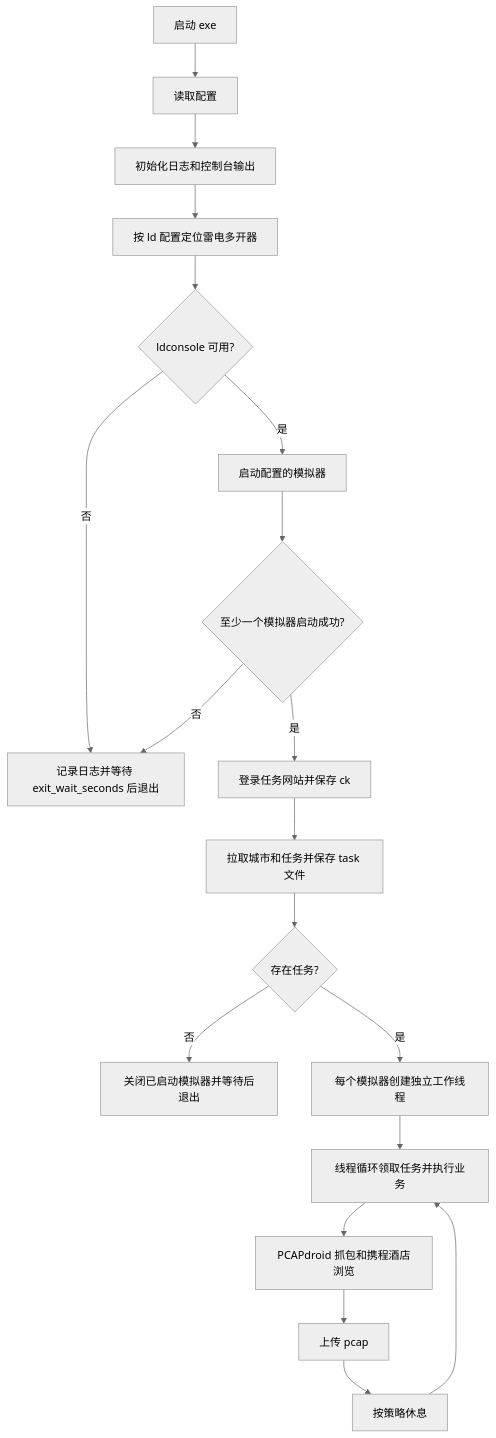
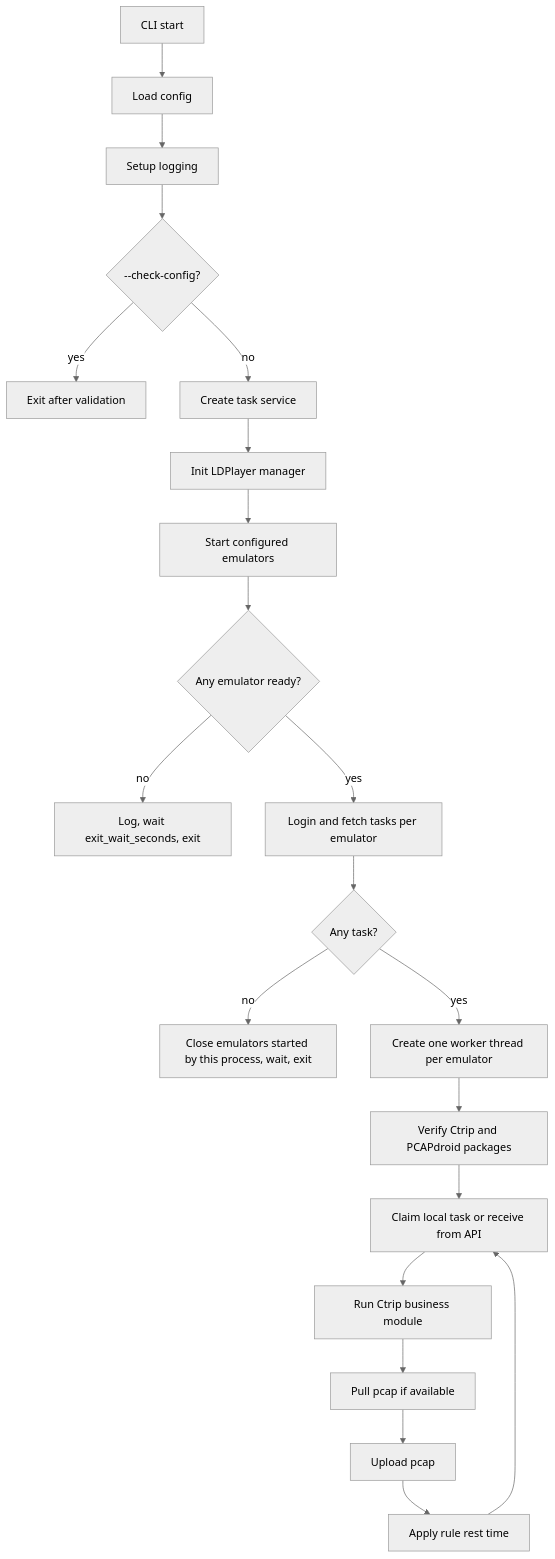
One commit to hlevel/jpz-reverse changed the diagram in 03ctrip-ldauto/docs/design.md. Above: the diagram before and after it, drawn with Mermaid (neutral theme). The commit also changed other lines of this file and 28 other files, not shown here.

````diff
--- a/03ctrip-ldauto/docs/design.md
+++ b/03ctrip-ldauto/docs/design.md
@@ -114,21 +101,23 @@
 ```mermaid
 flowchart TD
-  A[启动 exe] --> B[读取配置]
-  B --> C[初始化日志和控制台输出]
-  C --> D[按 ld 配置定位雷电多开器]
-  D --> E{ldconsole 可用?}
-  E -- 否 --> Z[记录日志并等待 exit_wait_seconds 后退出]
-  E -- 是 --> F[启动配置的模拟器]
-  F --> G{至少一个模拟器启动成功?}
-  G -- 否 --> Z
-  G -- 是 --> H[登录任务网站并保存 ck]
-  H --> I[拉取城市和任务并保存 task 文件]
-  I --> J{存在任务?}
-  J -- 否 --> K[关闭已启动模拟器并等待后退出]
-  J -- 是 --> L[每个模拟器创建独立工作线程]
-  L --> M[线程循环领取任务并执行业务]
-  M --> N[PCAPdroid 抓包和携程酒店浏览]
-  N --> O[上传 pcap]
-  O --> P[按策略休息]
-  P --> M
+  A[CLI start] --> B[Load config]
+  B --> C[Setup logging]
+  C --> D{--check-config?}
+  D -- yes --> E[Exit after validation]
+  D -- no --> F[Create task service]
+  F --> G[Init LDPlayer manager]
+  G --> H[Start configured emulators]
+  H --> I{Any emulator ready?}
+  I -- no --> Z[Log, wait exit_wait_seconds, exit]
+  I -- yes --> J[Login and fetch tasks per emulator]
+  J --> K{Any task?}
+  K -- no --> L[Close emulators started by this process, wait, exit]
+  K -- yes --> M[Create one worker thread per emulator]
+  M --> N[Verify Ctrip and PCAPdroid packages]
+  N --> O[Claim local task or receive from API]
+  O --> P[Run Ctrip business module]
+  P --> Q[Pull pcap if available]
+  Q --> R[Upload pcap]
+  R --> S[Apply rule rest time]
+  S --> O
 ```
````
